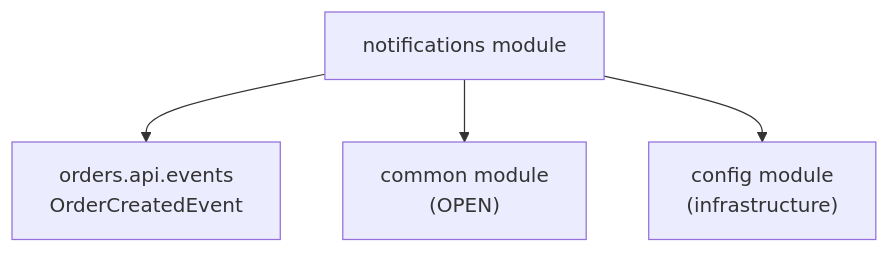
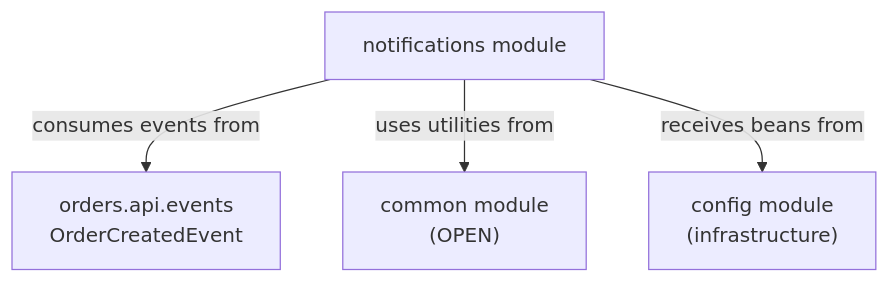
Before and after one commit to philipz/spring-modular-monolith: the fifth of 6 diagrams in docs/deepwiki/Notifications-Module.md, drawn with Mermaid. The commit also changed other lines of this file and 55 other files, not shown here.

````diff
--- a/docs/deepwiki/Notifications-Module.md
+++ b/docs/deepwiki/Notifications-Module.md
@@ -262,12 +262,12 @@
 ```mermaid
 flowchart TD
 
 Notifications["notifications module"]
 OrdersAPI["orders.api.events<br>OrderCreatedEvent"]
 Common["common module<br>(OPEN)"]
 Config["config module<br>(infrastructure)"]
 
-Notifications --> OrdersAPI
-Notifications --> Common
-Notifications --> Config
+Notifications -->|"consumes events from"| OrdersAPI
+Notifications -->|"uses utilities from"| Common
+Notifications -->|"receives beans from"| Config
 ```
````
